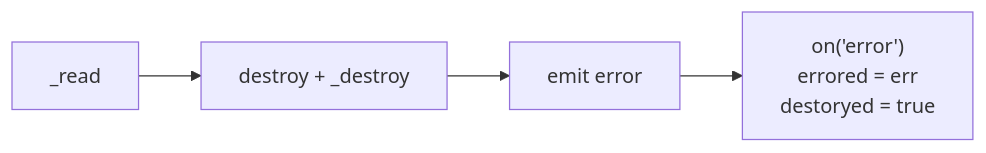
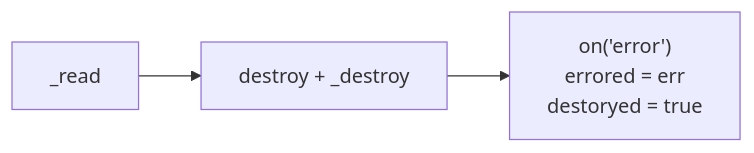
The fifth of 5 diagrams in docs/nodejs/stream-readable.md (samuel871211/yusheng-tech-blog), drawn with Mermaid before and after one commit. The commit also changed other lines of this file and 2 other files, not shown here.

````diff
--- a/docs/nodejs/stream-readable.md
+++ b/docs/nodejs/stream-readable.md
@@ -468,6 +438,5 @@
 ```mermaid
 flowchart LR
     A[_read] --> B[destroy + _destroy]
-    B --> C[emit error]
-    C --> D["on('error')<br/>errored = err<br/>destoryed = true"]
+    B --> C["on('error')<br/>errored = err<br/>destoryed = true"]
 ```
````
